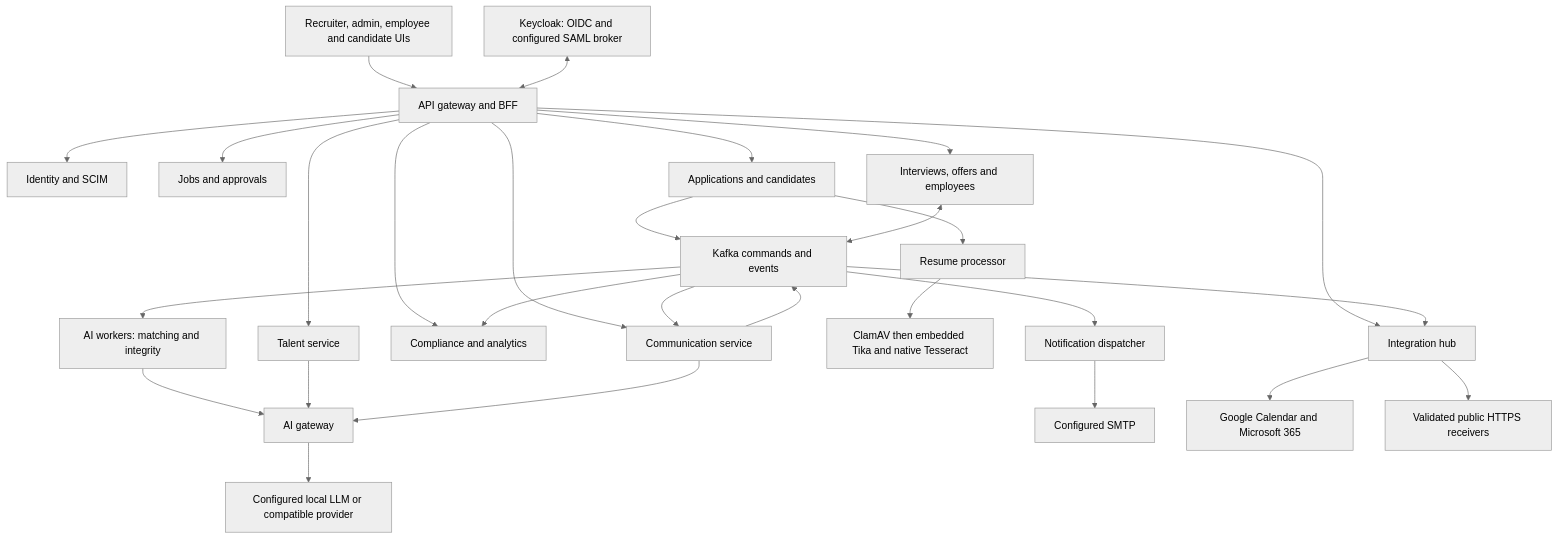
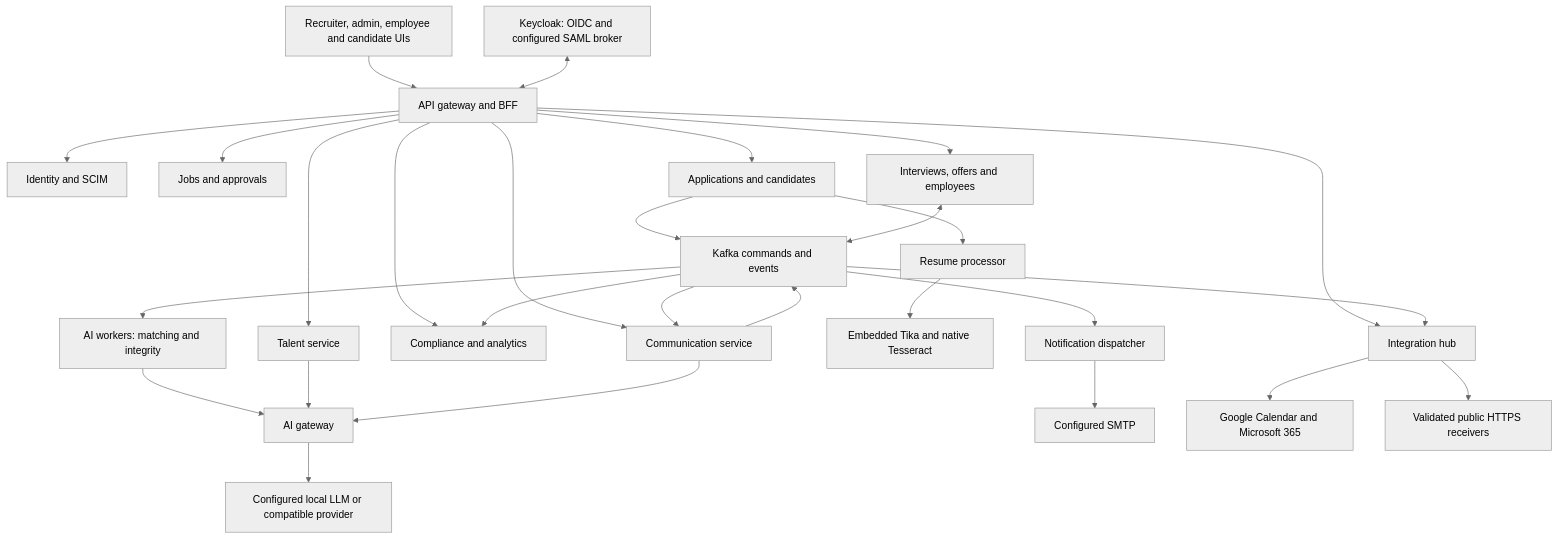
One commit to rabiulbiswas/openhire-ai changed the first of 3 diagrams in docs/services/END_TO_END_DESIGN.md. Above: the diagram before and after it, drawn with Mermaid (neutral theme). The commit also changed 101 other files, not shown here.

````diff
--- a/docs/services/END_TO_END_DESIGN.md
+++ b/docs/services/END_TO_END_DESIGN.md
@@ -7,30 +7,30 @@
 ```mermaid
 flowchart TB
     UI[Recruiter, admin, employee and candidate UIs] --> BFF[API gateway and BFF]
     IdP[Keycloak: OIDC and configured SAML broker] <--> BFF
     BFF --> Identity[Identity and SCIM]
     BFF --> Jobs[Jobs and approvals]
     BFF --> Intake[Applications and candidates]
     BFF --> Hiring[Interviews, offers and employees]
     BFF --> Comms[Communication service]
     BFF --> Talent[Talent service]
     BFF --> Ops[Compliance and analytics]
     BFF --> Hub[Integration hub]
     Intake --> Resume[Resume processor]
-    Resume --> Scan[ClamAV then embedded Tika and native Tesseract]
+    Resume --> Scan[Embedded Tika and native Tesseract]
     Intake --> Kafka[Kafka commands and events]
     Kafka --> Workers[AI workers: matching and integrity]
     Workers --> AI[AI gateway]
     Talent --> AI
     Comms --> AI
     AI --> LLM[Configured local LLM or compatible provider]
     Hiring <--> Kafka
     Kafka --> Comms
     Kafka --> Ops
     Kafka --> Hub
     Comms --> Kafka
     Kafka --> Delivery[Notification dispatcher]
     Delivery --> SMTP[Configured SMTP]
     Hub --> Calendars[Google Calendar and Microsoft 365]
     Hub --> Hooks[Validated public HTTPS receivers]
 ```
````
